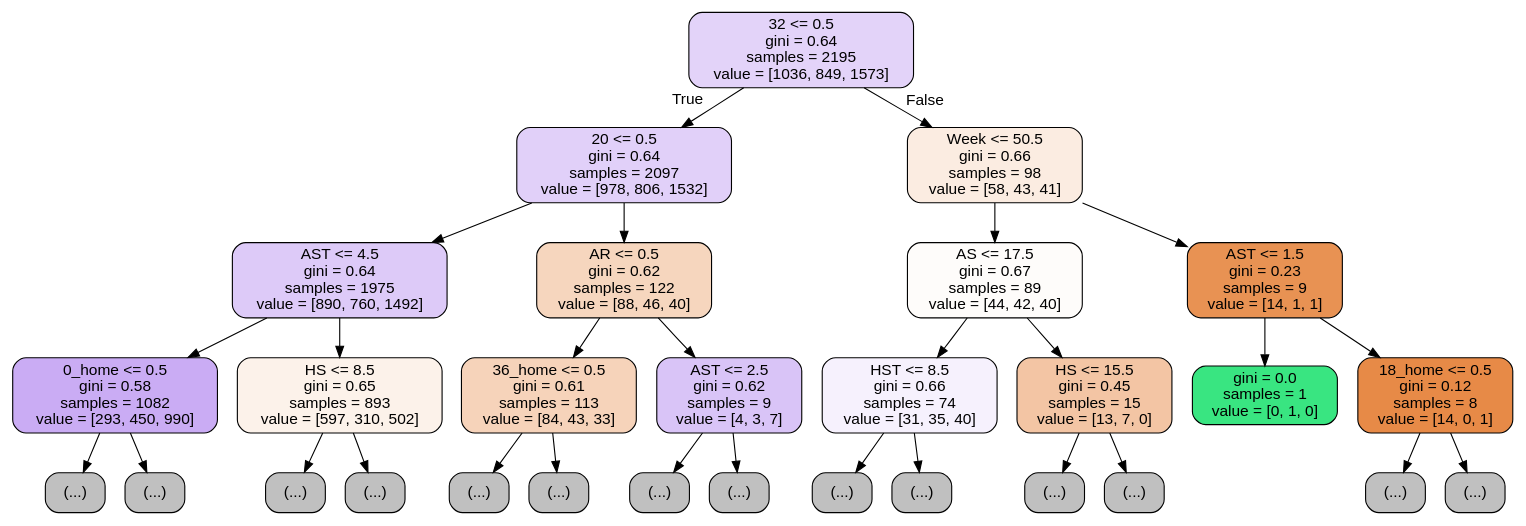
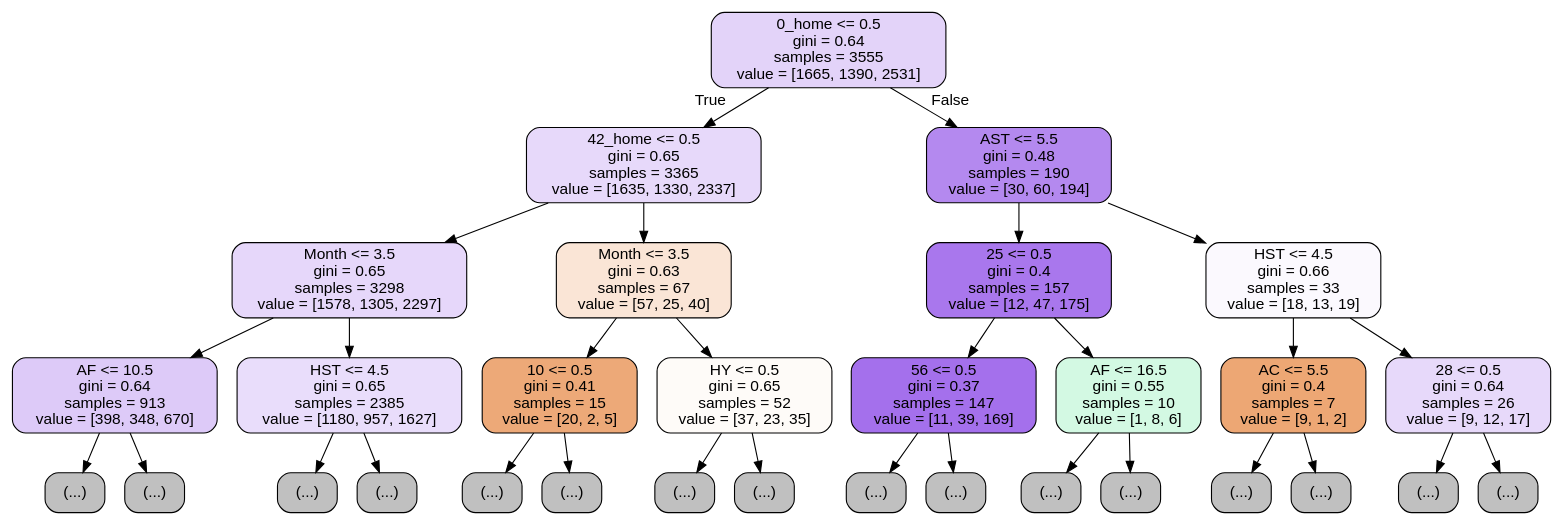
One commit to yolannel/BeatTheBookies changed the diagram in featuresetTreeNoRef.dot. Above: the diagram before and after it, drawn with Graphviz. The commit also changed 9 other files, not shown here.

```diff
--- a/featuresetTreeNoRef.dot
+++ b/featuresetTreeNoRef.dot
@@ -1,61 +1,65 @@
 digraph Tree {
 node [shape=box, style="filled, rounded", color="black", fontname=helvetica] ;
 edge [fontname=helvetica] ;
-0 [label="32 <= 0.5\ngini = 0.64\nsamples = 2195\nvalue = [1036, 849, 1573]", fillcolor="#e3d3f9"] ;
-1 [label="20 <= 0.5\ngini = 0.64\nsamples = 2097\nvalue = [978, 806, 1532]", fillcolor="#e1d0f9"] ;
+0 [label="0_home <= 0.5\ngini = 0.64\nsamples = 3555\nvalue = [1665, 1390, 2531]", fillcolor="#e3d3f9"] ;
+1 [label="42_home <= 0.5\ngini = 0.65\nsamples = 3365\nvalue = [1635, 1330, 2337]", fillcolor="#e7d9fa"] ;
 0 -> 1 [labeldistance=2.5, labelangle=45, headlabel="True"] ;
-2 [label="AST <= 4.5\ngini = 0.64\nsamples = 1975\nvalue = [890, 760, 1492]", fillcolor="#ddcaf8"] ;
+2 [label="Month <= 3.5\ngini = 0.65\nsamples = 3298\nvalue = [1578, 1305, 2297]", fillcolor="#e6d7fa"] ;
 1 -> 2 ;
-3 [label="0_home <= 0.5\ngini = 0.58\nsamples = 1082\nvalue = [293, 450, 990]", fillcolor="#caacf4"] ;
+3 [label="AF <= 10.5\ngini = 0.64\nsamples = 913\nvalue = [398, 348, 670]", fillcolor="#ddcaf8"] ;
 2 -> 3 ;
 4 [label="(...)", fillcolor="#C0C0C0"] ;
 3 -> 4 ;
-1047 [label="(...)", fillcolor="#C0C0C0"] ;
-3 -> 1047 ;
-1096 [label="HS <= 8.5\ngini = 0.65\nsamples = 893\nvalue = [597, 310, 502]", fillcolor="#fcf2ea"] ;
-2 -> 1096 ;
-1097 [label="(...)", fillcolor="#C0C0C0"] ;
-1096 -> 1097 ;
-1250 [label="(...)", fillcolor="#C0C0C0"] ;
-1096 -> 1250 ;
-2009 [label="AR <= 0.5\ngini = 0.62\nsamples = 122\nvalue = [88, 46, 40]", fillcolor="#f6d6be"] ;
-1 -> 2009 ;
-2010 [label="36_home <= 0.5\ngini = 0.61\nsamples = 113\nvalue = [84, 43, 33]", fillcolor="#f6d3ba"] ;
-2009 -> 2010 ;
-2011 [label="(...)", fillcolor="#C0C0C0"] ;
-2010 -> 2011 ;
-2134 [label="(...)", fillcolor="#C0C0C0"] ;
-2010 -> 2134 ;
-2137 [label="AST <= 2.5\ngini = 0.62\nsamples = 9\nvalue = [4, 3, 7]", fillcolor="#d9c4f7"] ;
-2009 -> 2137 ;
-2138 [label="(...)", fillcolor="#C0C0C0"] ;
-2137 -> 2138 ;
-2139 [label="(...)", fillcolor="#C0C0C0"] ;
-2137 -> 2139 ;
-2150 [label="Week <= 50.5\ngini = 0.66\nsamples = 98\nvalue = [58, 43, 41]", fillcolor="#fbece1"] ;
-0 -> 2150 [labeldistance=2.5, labelangle=-45, headlabel="False"] ;
-2151 [label="AS <= 17.5\ngini = 0.67\nsamples = 89\nvalue = [44, 42, 40]", fillcolor="#fefcfa"] ;
-2150 -> 2151 ;
-2152 [label="HST <= 8.5\ngini = 0.66\nsamples = 74\nvalue = [31, 35, 40]", fillcolor="#f6f1fd"] ;
-2151 -> 2152 ;
-2153 [label="(...)", fillcolor="#C0C0C0"] ;
-2152 -> 2153 ;
-2224 [label="(...)", fillcolor="#C0C0C0"] ;
-2152 -> 2224 ;
-2239 [label="HS <= 15.5\ngini = 0.45\nsamples = 15\nvalue = [13, 7, 0]", fillcolor="#f3c5a4"] ;
-2151 -> 2239 ;
-2240 [label="(...)", fillcolor="#C0C0C0"] ;
-2239 -> 2240 ;
-2257 [label="(...)", fillcolor="#C0C0C0"] ;
-2239 -> 2257 ;
-2258 [label="AST <= 1.5\ngini = 0.23\nsamples = 9\nvalue = [14, 1, 1]", fillcolor="#e89253"] ;
-2150 -> 2258 ;
-2259 [label="gini = 0.0\nsamples = 1\nvalue = [0, 1, 0]", fillcolor="#39e581"] ;
-2258 -> 2259 ;
-2260 [label="18_home <= 0.5\ngini = 0.12\nsamples = 8\nvalue = [14, 0, 1]", fillcolor="#e78a47"] ;
-2258 -> 2260 ;
-2261 [label="(...)", fillcolor="#C0C0C0"] ;
-2260 -> 2261 ;
-2262 [label="(...)", fillcolor="#C0C0C0"] ;
-2260 -> 2262 ;
+419 [label="(...)", fillcolor="#C0C0C0"] ;
+3 -> 419 ;
+1072 [label="HST <= 4.5\ngini = 0.65\nsamples = 2385\nvalue = [1180, 957, 1627]", fillcolor="#e9ddfb"] ;
+2 -> 1072 ;
+1073 [label="(...)", fillcolor="#C0C0C0"] ;
+1072 -> 1073 ;
+2092 [label="(...)", fillcolor="#C0C0C0"] ;
+1072 -> 2092 ;
+3927 [label="Month <= 3.5\ngini = 0.63\nsamples = 67\nvalue = [57, 25, 40]", fillcolor="#fae5d6"] ;
+1 -> 3927 ;
+3928 [label="10 <= 0.5\ngini = 0.41\nsamples = 15\nvalue = [20, 2, 5]", fillcolor="#eda978"] ;
+3927 -> 3928 ;
+3929 [label="(...)", fillcolor="#C0C0C0"] ;
+3928 -> 3929 ;
+3948 [label="(...)", fillcolor="#C0C0C0"] ;
+3928 -> 3948 ;
+3949 [label="HY <= 0.5\ngini = 0.65\nsamples = 52\nvalue = [37, 23, 35]", fillcolor="#fefbf8"] ;
+3927 -> 3949 ;
+3950 [label="(...)", fillcolor="#C0C0C0"] ;
+3949 -> 3950 ;
+3971 [label="(...)", fillcolor="#C0C0C0"] ;
+3949 -> 3971 ;
+4010 [label="AST <= 5.5\ngini = 0.48\nsamples = 190\nvalue = [30, 60, 194]", fillcolor="#b489ef"] ;
+0 -> 4010 [labeldistance=2.5, labelangle=-45, headlabel="False"] ;
+4011 [label="25 <= 0.5\ngini = 0.4\nsamples = 157\nvalue = [12, 47, 175]", fillcolor="#a977ed"] ;
+4010 -> 4011 ;
+4012 [label="56 <= 0.5\ngini = 0.37\nsamples = 147\nvalue = [11, 39, 169]", fillcolor="#a470ec"] ;
+4011 -> 4012 ;
+4013 [label="(...)", fillcolor="#C0C0C0"] ;
+4012 -> 4013 ;
+4120 [label="(...)", fillcolor="#C0C0C0"] ;
+4012 -> 4120 ;
+4123 [label="AF <= 16.5\ngini = 0.55\nsamples = 10\nvalue = [1, 8, 6]", fillcolor="#d3f9e3"] ;
+4011 -> 4123 ;
+4124 [label="(...)", fillcolor="#C0C0C0"] ;
+4123 -> 4124 ;
+4129 [label="(...)", fillcolor="#C0C0C0"] ;
+4123 -> 4129 ;
+4130 [label="HST <= 4.5\ngini = 0.66\nsamples = 33\nvalue = [18, 13, 19]", fillcolor="#fbf9fe"] ;
+4010 -> 4130 ;
+4131 [label="AC <= 5.5\ngini = 0.4\nsamples = 7\nvalue = [9, 1, 2]", fillcolor="#eda774"] ;
+4130 -> 4131 ;
+4132 [label="(...)", fillcolor="#C0C0C0"] ;
+4131 -> 4132 ;
+4137 [label="(...)", fillcolor="#C0C0C0"] ;
+4131 -> 4137 ;
+4138 [label="28 <= 0.5\ngini = 0.64\nsamples = 26\nvalue = [9, 12, 17]", fillcolor="#e7d9fa"] ;
+4130 -> 4138 ;
+4139 [label="(...)", fillcolor="#C0C0C0"] ;
+4138 -> 4139 ;
+4172 [label="(...)", fillcolor="#C0C0C0"] ;
+4138 -> 4172 ;
 }
```
